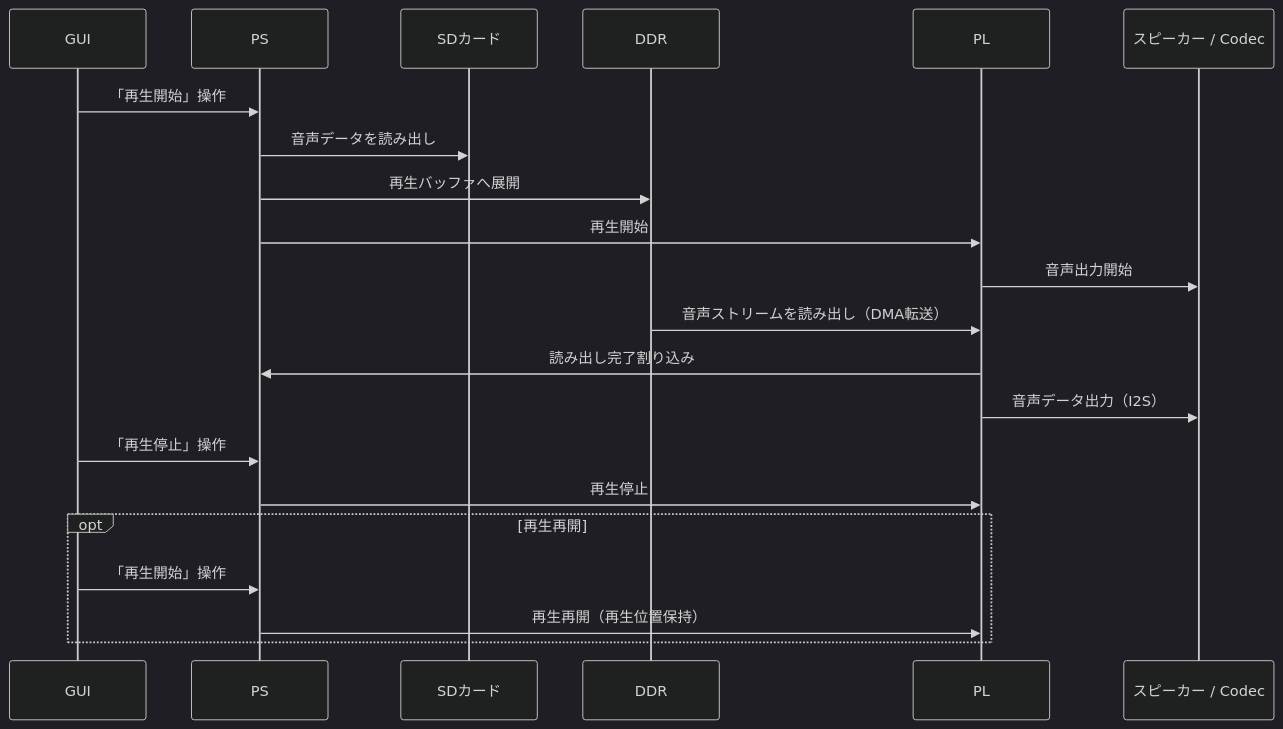
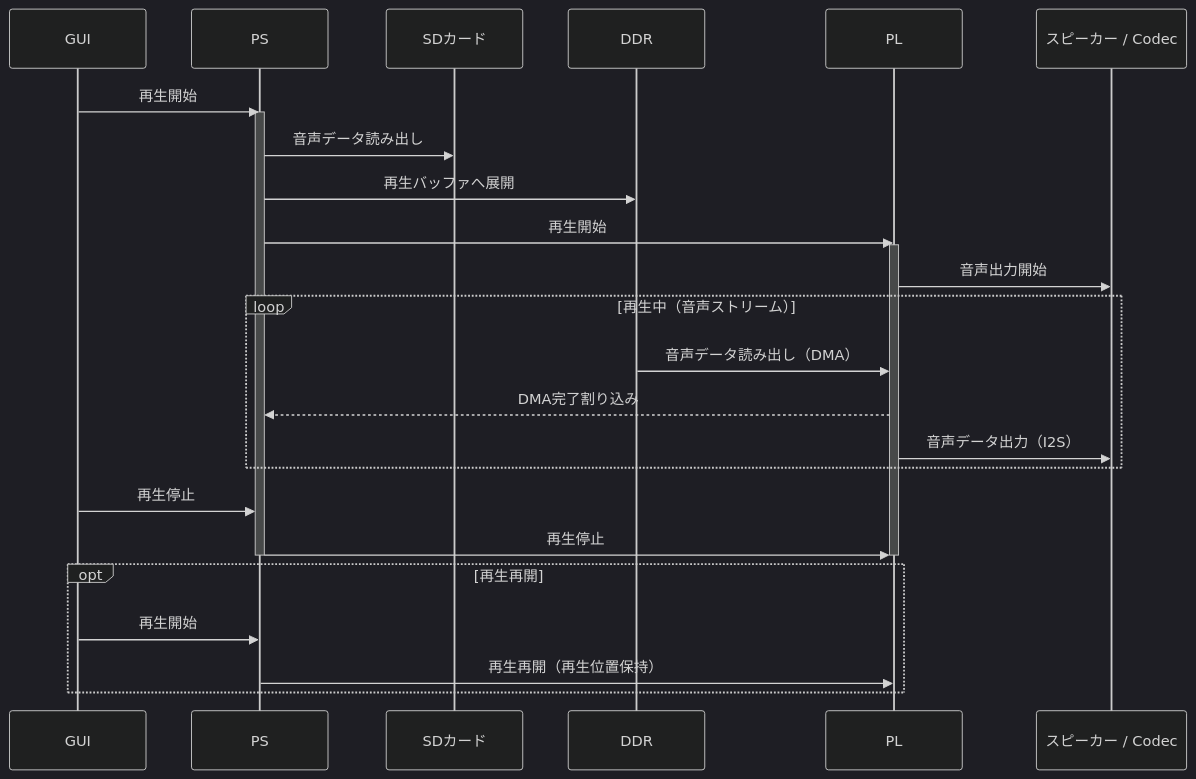
One commit to kiiisy/VoiceNote-System changed the second of 3 diagrams in docs/system_design.md. Above: the diagram before and after it, drawn with Mermaid (dark theme). The commit also changed other lines of this file, not shown here.

````diff
--- a/docs/system_design.md
+++ b/docs/system_design.md
@@ -307,26 +322,37 @@
 ```mermaid
 sequenceDiagram
     participant GUI as GUI
     participant PS as PS
     participant SD as SDカード
     participant DDR as DDR
     participant PL as PL
     participant Spk as スピーカー / Codec
 
-    GUI->>PS: 「再生開始」操作
-    PS->>SD: 音声データを読み出し
+    GUI->>PS: 再生開始
+    activate PS
+
+    PS->>SD: 音声データ読み出し
     PS->>DDR: 再生バッファへ展開
+
     PS->>PL: 再生開始
+    activate PL
+
     PL->>Spk: 音声出力開始
-    DDR->>PL: 音声ストリームを読み出し（DMA転送）
-    PL->>PS: 読み出し完了割り込み
-    PL->>Spk: 音声データ出力（I2S）
 
-    GUI->>PS: 「再生停止」操作
+    loop 再生中（音声ストリーム）
+        DDR->>PL: 音声データ読み出し（DMA）
+        PL-->>PS: DMA完了割り込み
+        PL->>Spk: 音声データ出力（I2S）
+    end
+
+    GUI->>PS: 再生停止
     PS->>PL: 再生停止
 
+    deactivate PL
+    deactivate PS
+
     opt 再生再開
-        GUI->>PS: 「再生開始」操作
+        GUI->>PS: 再生開始
         PS->>PL: 再生再開（再生位置保持）
     end
 ```
````
